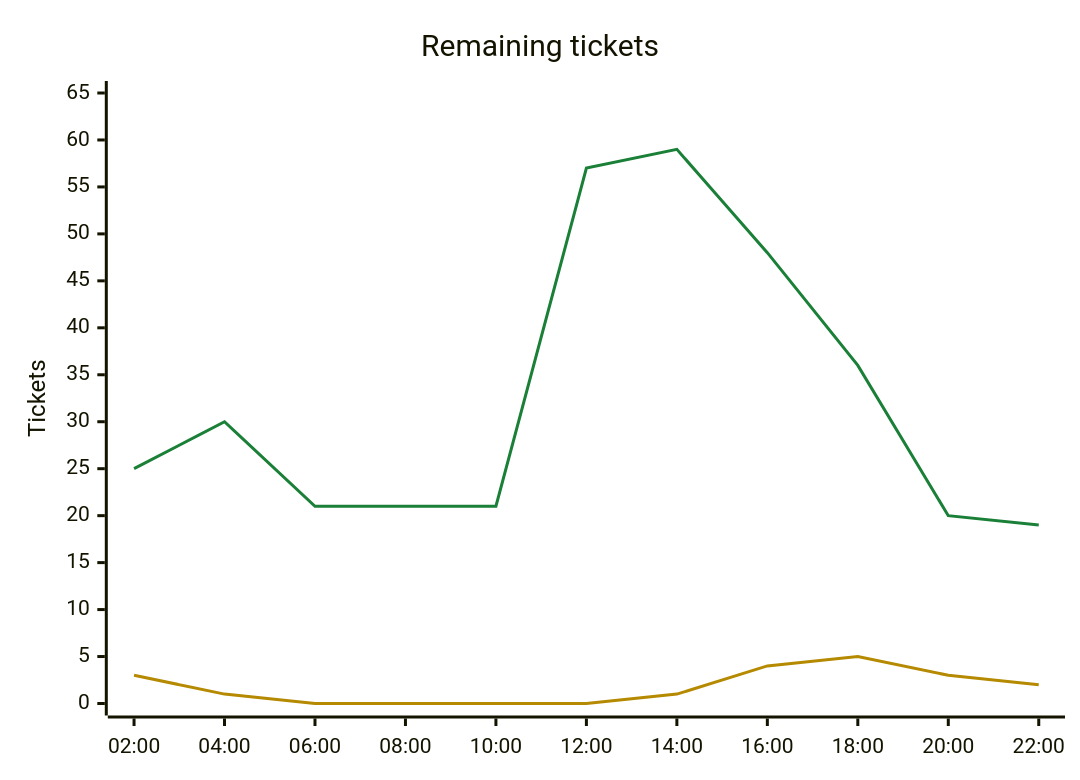
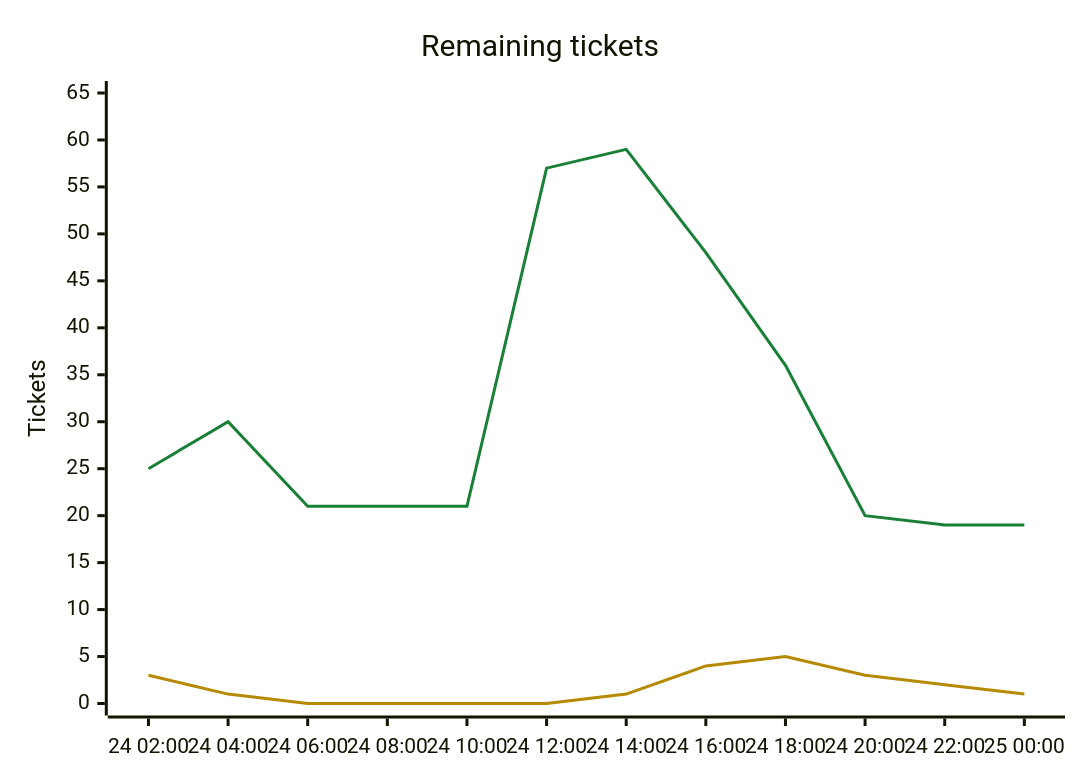
The second of 2 diagrams in csharp/migration/DEPENDENCY_MAP.md (Kenmura/Unciv), drawn with Mermaid before and after one commit. The commit also changed other lines of this file and 1 other file, not shown here.

Commit message:
migration: review T158 pass [Adversarial Review]

````diff
--- a/csharp/migration/DEPENDENCY_MAP.md
+++ b/csharp/migration/DEPENDENCY_MAP.md
@@ -174,9 +172,9 @@
 ```mermaid
 %%{init: {"themeVariables": {"xyChart": {"plotColorPalette": "#1a7f37, #b58900"}}}}%%
 xychart-beta
     title "Remaining tickets"
-    x-axis ["02:00", "04:00", "06:00", "08:00", "10:00", "12:00", "14:00", "16:00", "18:00", "20:00", "22:00"]
+    x-axis ["24 02:00", "24 04:00", "24 06:00", "24 08:00", "24 10:00", "24 12:00", "24 14:00", "24 16:00", "24 18:00", "24 20:00", "24 22:00", "25 00:00"]
     y-axis "Tickets" 0 --> 65
-    line [25, 30, 21, 21, 21, 57, 59, 48, 36, 20, 19]
-    line [3, 1, 0, 0, 0, 0, 1, 4, 5, 3, 2]
+    line [25, 30, 21, 21, 21, 57, 59, 48, 36, 20, 19, 19]
+    line [3, 1, 0, 0, 0, 0, 1, 4, 5, 3, 2, 1]
 ```
````
